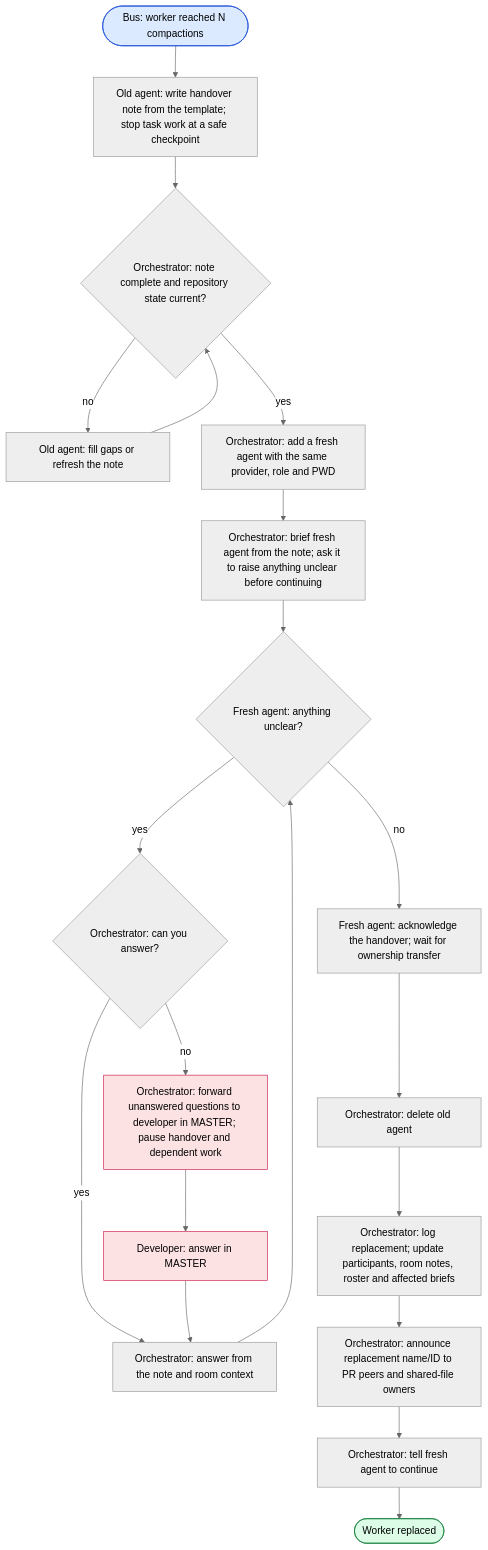
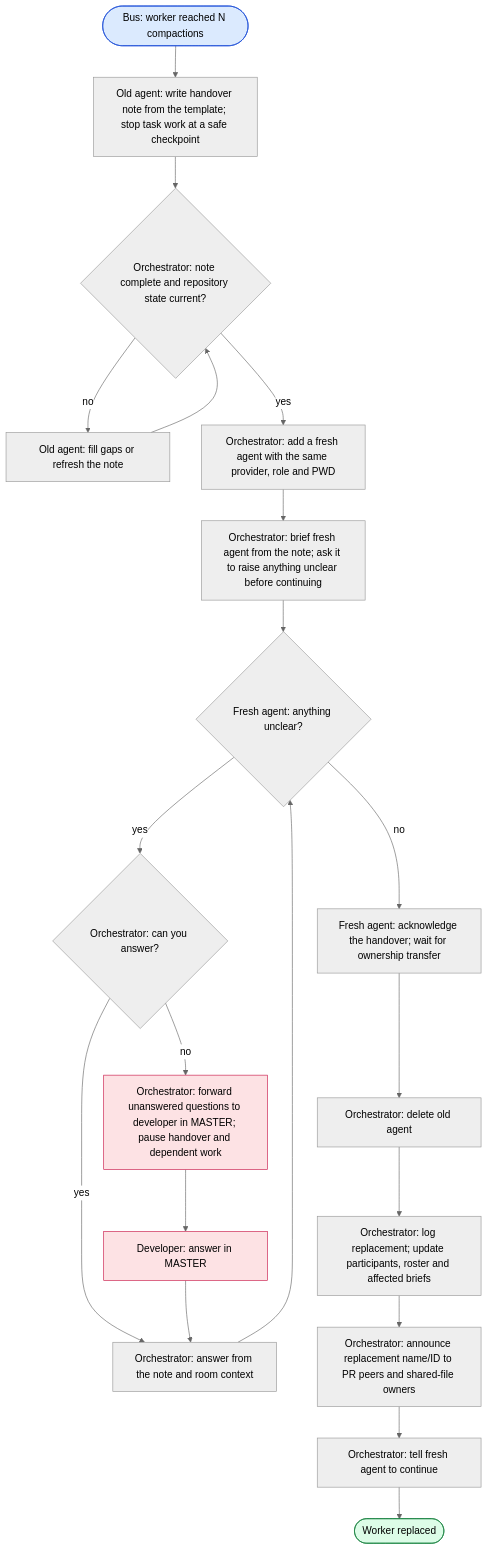
Before and after one commit to asura1234/bus: the diagram in workflows/agent-handover.md, drawn with Mermaid (neutral theme). The commit also changed other lines of this file and 16 other files, not shown here.

First line of the commit message:
docs: remove room notes from orchestration guidance

````diff
--- a/workflows/agent-handover.md
+++ b/workflows/agent-handover.md
@@ -17,27 +17,27 @@
 ```mermaid
 flowchart TD
     begin(["Bus: worker reached N compactions"]):::start --> note
     note["Old agent: write handover note from the template; stop task work at a safe checkpoint"] --> check
     check{"Orchestrator: note complete and repository state current?"}
     check -- no --> repair["Old agent: fill gaps or refresh the note"]
     repair --> check
     check -- yes --> add["Orchestrator: add a fresh agent with the same provider, role and PWD"]
     add --> brief["Orchestrator: brief fresh agent from the note; ask it to raise anything unclear before continuing"]
     brief --> questions{"Fresh agent: anything unclear?"}
     questions -- yes --> answer{"Orchestrator: can you answer?"}
     answer -- yes --> explain["Orchestrator: answer from the note and room context"]
     explain --> questions
     answer -- no --> ask["Orchestrator: forward unanswered questions to developer in MASTER; pause handover and dependent work"]:::developer
     ask --> reply["Developer: answer in MASTER"]:::developer
     reply --> explain
     questions -- no --> acknowledge["Fresh agent: acknowledge the handover; wait for ownership transfer"]
     acknowledge --> delete["Orchestrator: delete old agent"]
-    delete --> log["Orchestrator: log replacement; update participants, room notes, roster and affected briefs"]
+    delete --> log["Orchestrator: log replacement; update participants, roster and affected briefs"]
     log --> announce["Orchestrator: announce replacement name/ID to PR peers and shared-file owners"]
     announce --> resume["Orchestrator: tell fresh agent to continue"]
     resume --> done(["Worker replaced"]):::success
 
     classDef start fill:#dbeafe,stroke:#1d4ed8
     classDef success fill:#dcfce7,stroke:#15803d
     classDef developer fill:#fde2e4,stroke:#c9184a
 ```
````
